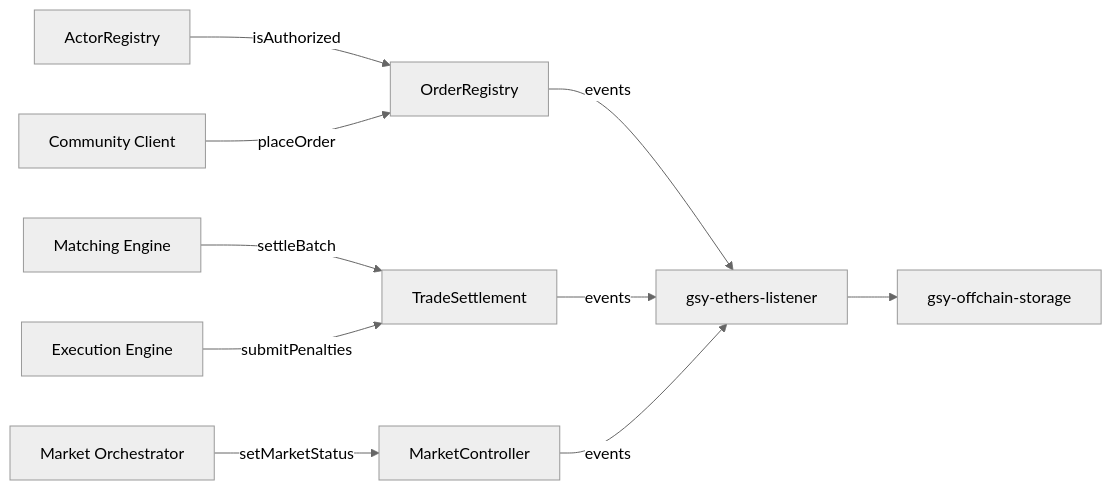
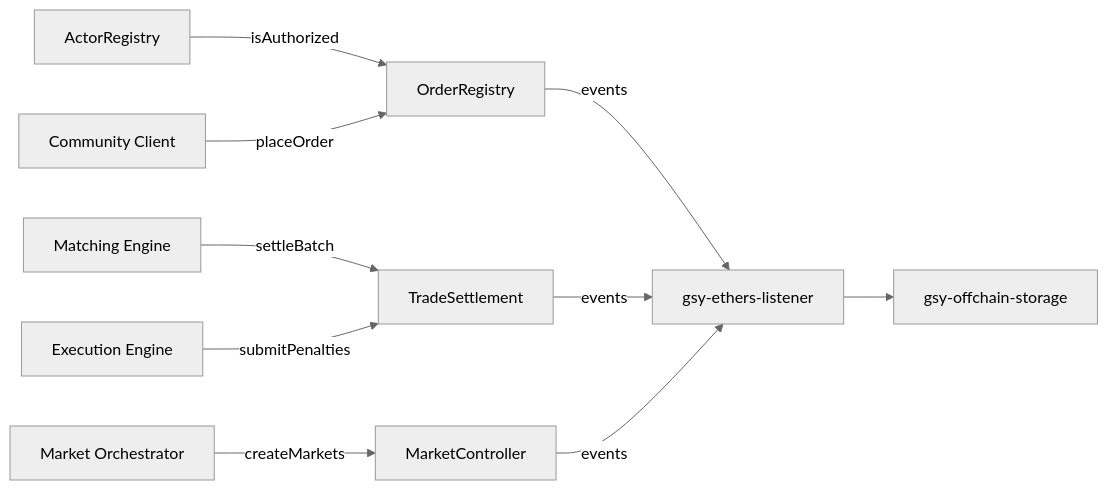
Before and after one commit to gridsingularity/gsy-decentralized-exchange: the diagram in docs/platform/overview.md, drawn with Mermaid (neutral theme). The commit also changed other lines of this file and 42 other files, not shown here.

````diff
--- a/docs/platform/overview.md
+++ b/docs/platform/overview.md
@@ -22,12 +22,12 @@
 ```mermaid
 flowchart LR
-    MO["Market Orchestrator"] -->|setMarketStatus| MC["MarketController"]
+    MO["Market Orchestrator"] -->|createMarkets| MC["MarketController"]
     AR["ActorRegistry"] -->|isAuthorized| OR["OrderRegistry"]
     CC["Community Client"] -->|placeOrder| OR["OrderRegistry"]
     ME["Matching Engine"] -->|settleBatch| TS["TradeSettlement"]
     EE["Execution Engine"] -->|submitPenalties| TS
     OR -->|events| EL["gsy-ethers-listener"]
     TS -->|events| EL
     MC -->|events| EL
     EL --> OB["gsy-offchain-storage"]
 ```
````
